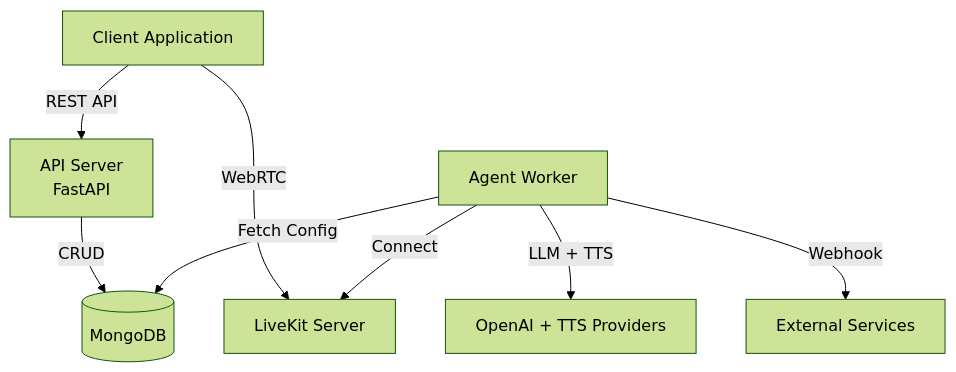
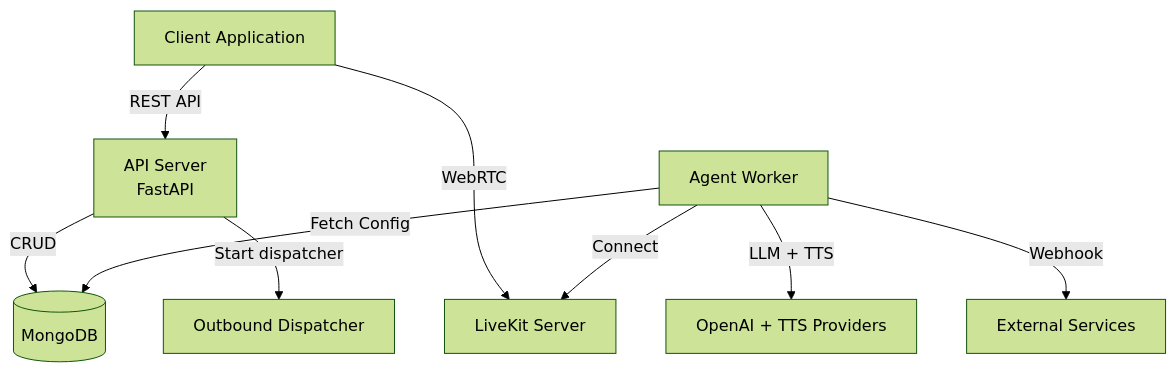
Before and after one commit to ShubhamX-AI/api_livekit: the diagram in docs/index.md, drawn with Mermaid (forest theme). The commit also changed other lines of this file and 16 other files, not shown here.

First line of the commit message:
feat: queue outbound call dispatch and document the new async flow

````diff
--- a/docs/index.md
+++ b/docs/index.md
@@ -37,12 +38,13 @@
 ```mermaid
 graph TD
     Client[Client Application] -->|REST API| API[API Server\nFastAPI]
     Client -->|WebRTC| LiveKit[LiveKit Server]
 
     API -->|CRUD| DB[(MongoDB)]
+    API -->|Start dispatcher| Queue[Outbound Dispatcher]
 
     Worker[Agent Worker] -->|Connect| LiveKit
     Worker -->|Fetch Config| DB
     Worker -->|LLM + TTS| AI[OpenAI + TTS Providers]
     Worker -->|Webhook| External[External Services]
 ```
````
